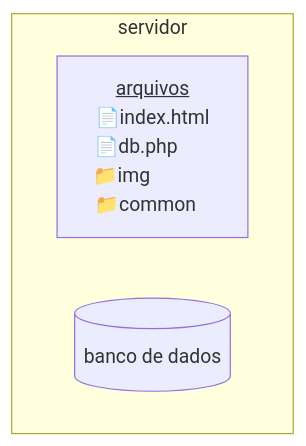
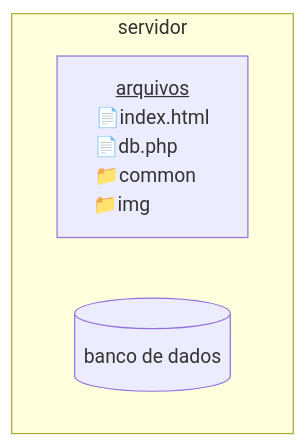
Before and after one commit to yxuo/learning: the first of 2 diagrams in python/tutorials/mysql-connector/readme.md, drawn with Mermaid.

Commit message:
mermaid: reorder folders alphabeticlaly

````diff
--- a/python/tutorials/mysql-connector/readme.md
+++ b/python/tutorials/mysql-connector/readme.md
@@ -9,9 +9,9 @@
 ```mermaid
 flowchart TD
 subgraph Sservidor["servidor"]
 
-    arq["<u>arquivos</u><br>📄index.html<br>📄db.php ⠀⠀<br>📁img ⠀⠀⠀⠀<br>📁common⠀"]
+    arq["<u>arquivos</u><br>📄index.html<br>📄db.php ⠀⠀<br>📁common⠀<br>📁img ⠀⠀⠀⠀"]
 
     db[("banco de dados")]
 end
 ```
````
